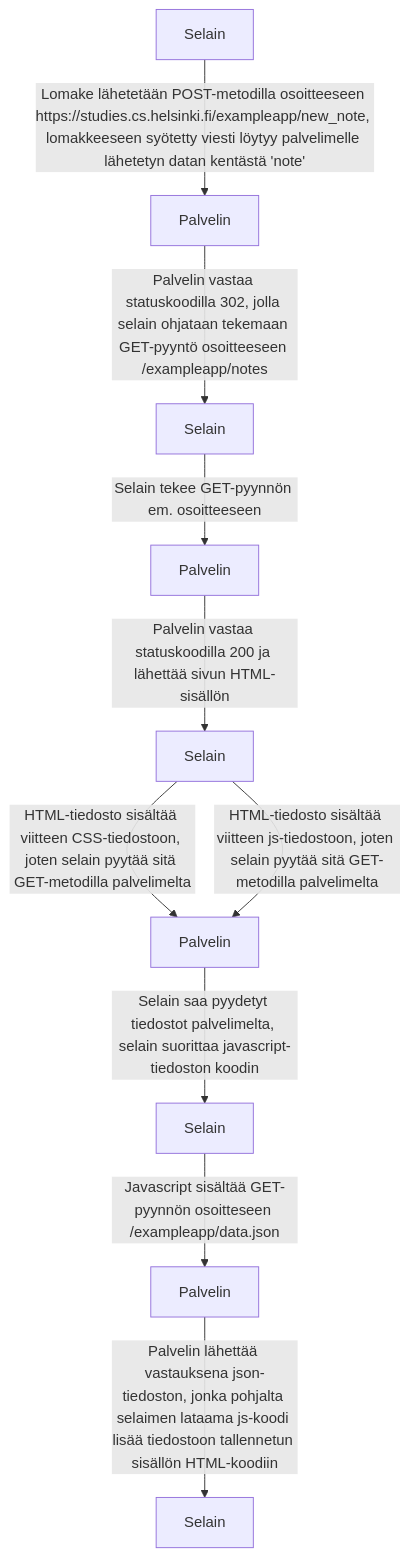
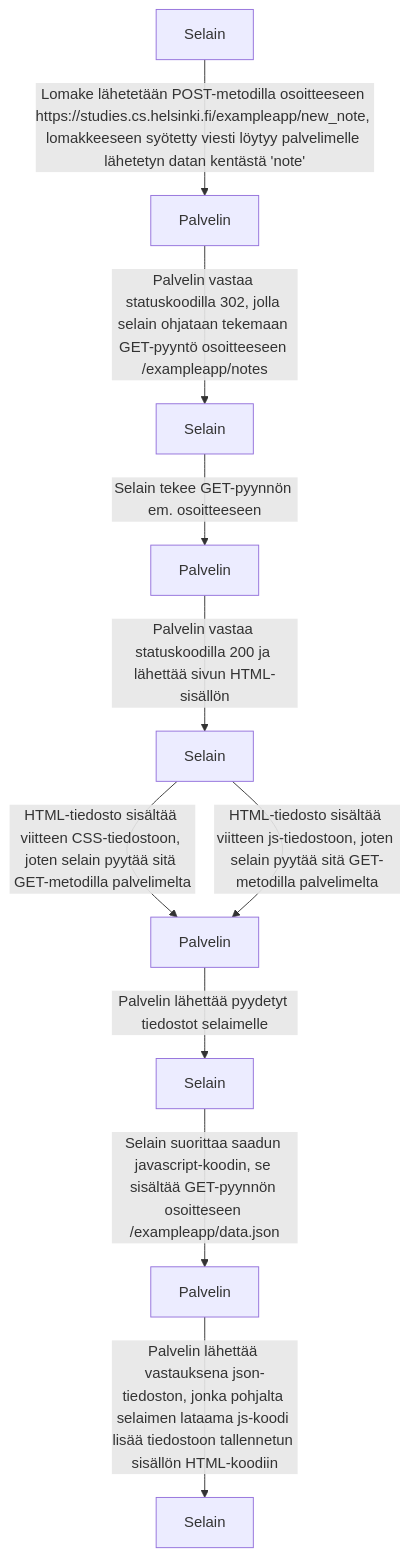
The first of 3 diagrams in osa0/kaaviot.md (forsoll1/fullstack24), drawn with Mermaid before and after one commit. The commit also changed other lines of this file, not shown here.

````diff
--- a/osa0/kaaviot.md
+++ b/osa0/kaaviot.md
@@ -1,12 +2,12 @@
 ```mermaid
 graph TD;
     A[Selain]-->|Lomake lähetetään POST-metodilla osoitteeseen https://studies.cs.helsinki.fi/exampleapp/new_note, \nlomakkeeseen syötetty viesti löytyy palvelimelle lähetetyn datan kentästä 'note'|B[Palvelin];
     B--> |Palvelin vastaa statuskoodilla 302, jolla selain ohjataan tekemaan GET-pyyntö osoitteeseen /exampleapp/notes|C[Selain];
     C--> |Selain tekee GET-pyynnön em. osoitteeseen| D[Palvelin];
     D--> |Palvelin vastaa statuskoodilla 200 ja lähettää sivun HTML-sisällön| E[Selain];
     E--> |HTML-tiedosto sisältää viitteen CSS-tiedostoon, joten selain pyytää sitä GET-metodilla palvelimelta|F[Palvelin];
     E--> |HTML-tiedosto sisältää viitteen js-tiedostoon, joten selain pyytää sitä GET-metodilla palvelimelta|F;
-    F--> |Selain saa pyydetyt tiedostot palvelimelta, selain suorittaa javascript-tiedoston koodin|G[Selain];
-    G--> |Javascript sisältää GET-pyynnön osoitteseen /exampleapp/data.json|H[Palvelin]
+    F--> |Palvelin lähettää pyydetyt tiedostot selaimelle|G[Selain];
+    G--> |Selain suorittaa saadun javascript-koodin, se sisältää GET-pyynnön osoitteseen /exampleapp/data.json|H[Palvelin]
     H--> |Palvelin lähettää vastauksena json-tiedoston, jonka pohjalta selaimen lataama js-koodi \nlisää tiedostoon tallennetun sisällön HTML-koodiin|I[Selain]
 ```
````
